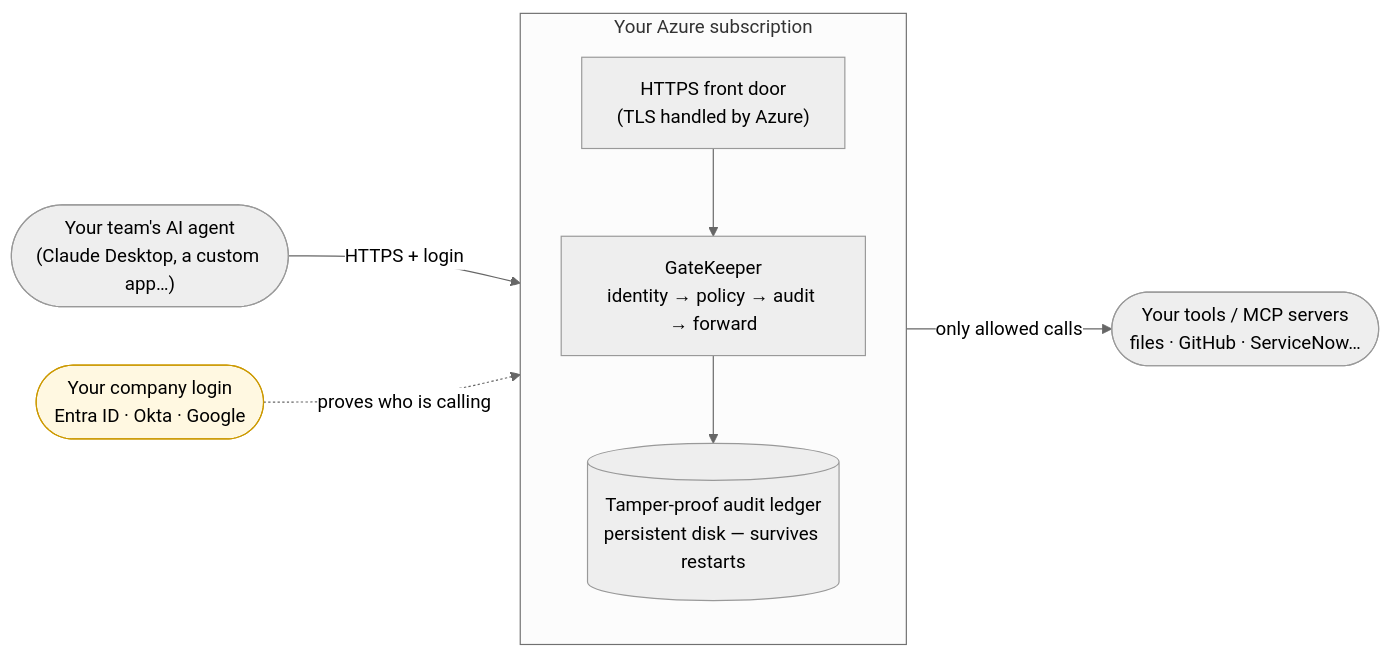
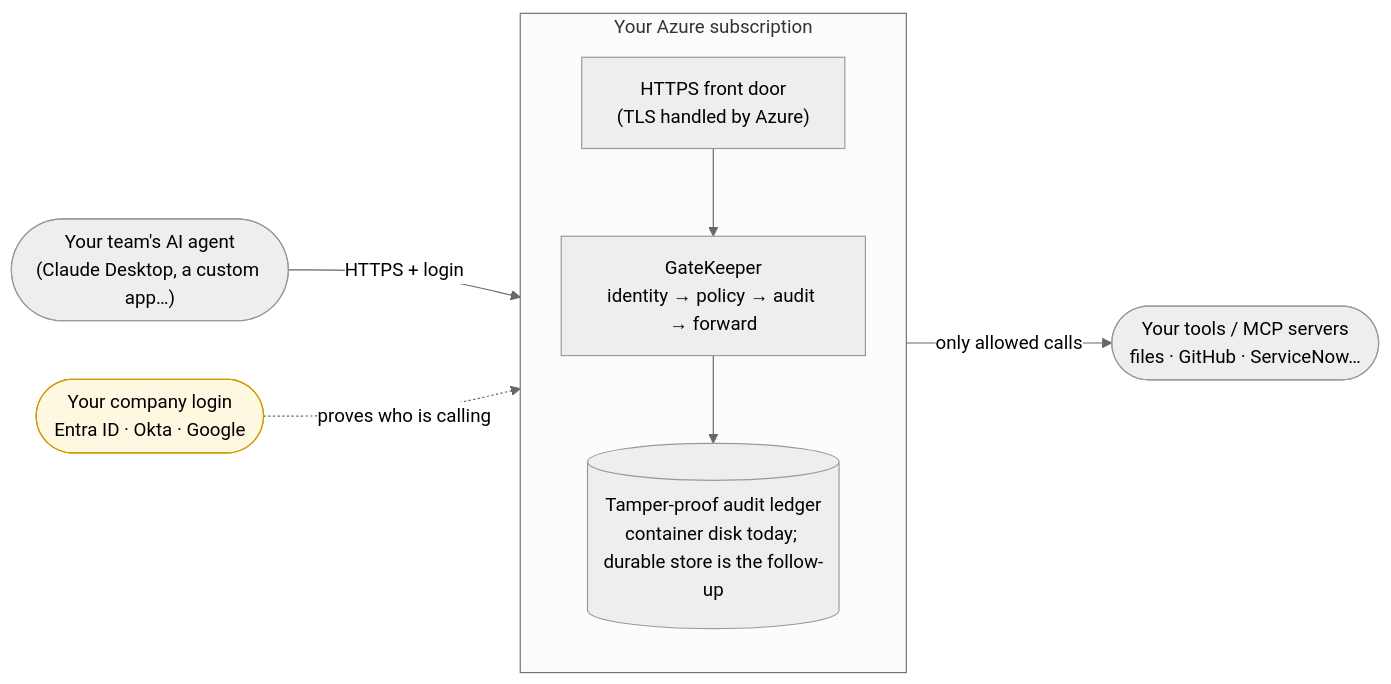
Before and after one commit to kish21/gatekeeper: the diagram in docs/SHOWCASE-AZURE.md, drawn with Mermaid (neutral theme). The commit also changed other lines of this file and 63 other files, not shown here.

````diff
--- a/docs/SHOWCASE-AZURE.md
+++ b/docs/SHOWCASE-AZURE.md
@@ -42,12 +42,12 @@
 ```mermaid
 flowchart LR
     USER(["Your team's AI agent<br/>(Claude Desktop, a custom app…)"]) -->|"HTTPS + login"| ING
     subgraph azure["Your Azure subscription"]
         direction TB
         ING["HTTPS front door<br/>(TLS handled by Azure)"] --> GK["GateKeeper<br/>identity → policy → audit → forward"]
-        GK --> LOG[("Tamper-proof audit ledger<br/>persistent disk — survives restarts")]
+        GK --> LOG[("Tamper-proof audit ledger<br/>container disk today; durable store is the follow-up")]
     end
     IDP(["Your company login<br/>Entra ID · Okta · Google"]):::ext -.->|"proves who is calling"| GK
     GK -->|"only allowed calls"| TOOLS(["Your tools / MCP servers<br/>files · GitHub · ServiceNow…"])
     classDef ext fill:#fff8e1,stroke:#cc9900
 ```
````
